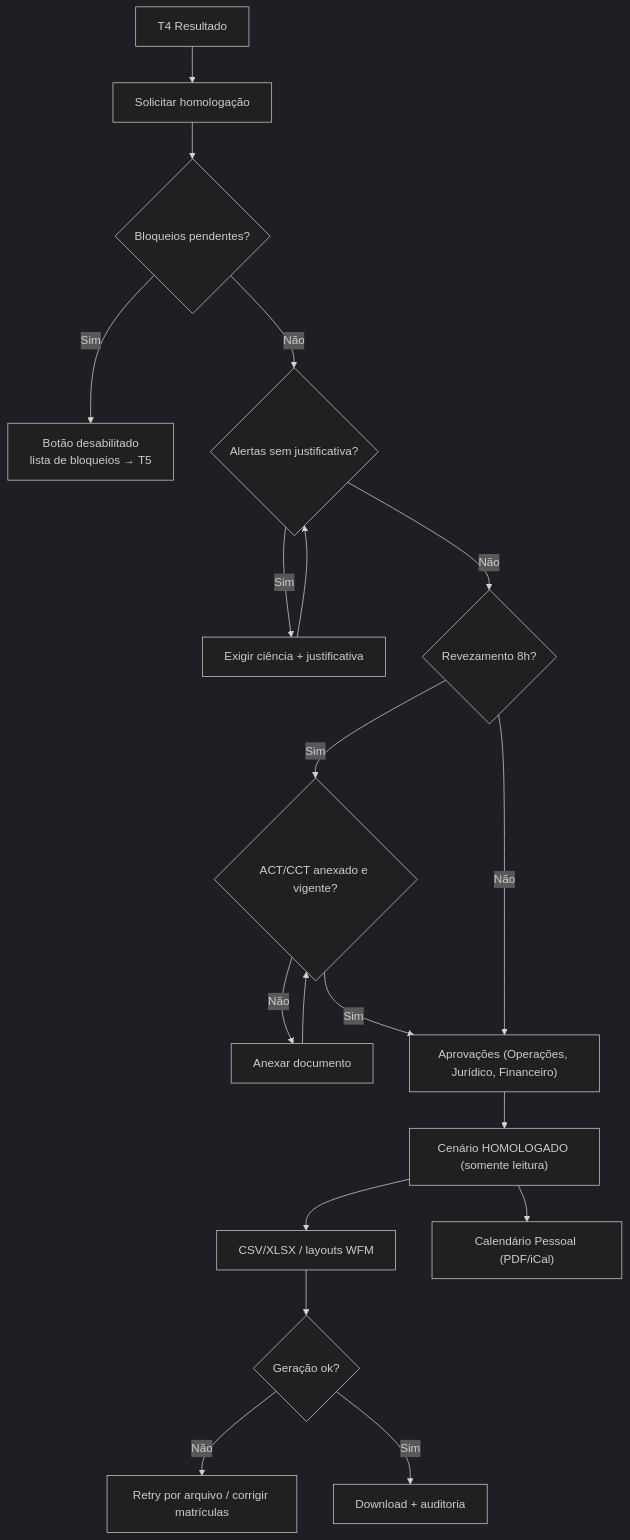
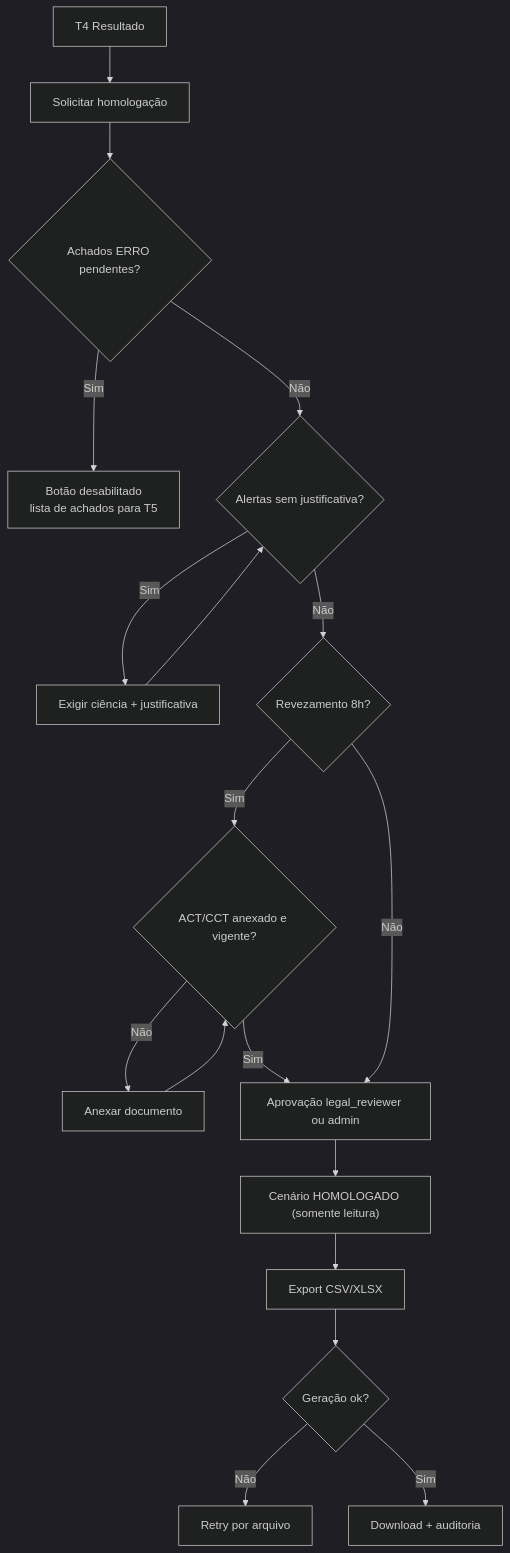
Before and after one commit to thgterto/Ferramentas-Web: the seventh of 7 diagrams in docs/simulador-escalas/03-fluxo-do-app.md, drawn with Mermaid (dark theme). The commit also changed other lines of this file and 6 other files, not shown here.

````diff
--- a/docs/simulador-escalas/03-fluxo-do-app.md
+++ b/docs/simulador-escalas/03-fluxo-do-app.md
@@ -314,19 +266,18 @@
 ```mermaid
 flowchart TD
     R["T4 Resultado"] --> H["Solicitar homologação"]
-    H --> B{"Bloqueios pendentes?"}
-    B -- Sim --> X["Botão desabilitado<br/>lista de bloqueios → T5"]
+    H --> B{"Achados ERRO pendentes?"}
+    B -- Sim --> X["Botão desabilitado<br/>lista de achados para T5"]
     B -- Não --> AL{"Alertas sem justificativa?"}
     AL -- Sim --> J["Exigir ciência + justificativa"] --> AL
     AL -- Não --> ACT{"Revezamento 8h?"}
     ACT -- Sim --> DOC{"ACT/CCT anexado e vigente?"}
     DOC -- Não --> J2["Anexar documento"] --> DOC
     DOC -- Sim --> AP
-    ACT -- Não --> AP["Aprovações (Operações, Jurídico, Financeiro)"]
+    ACT -- Não --> AP["Aprovação legal_reviewer ou admin"]
     AP --> OK["Cenário HOMOLOGADO (somente leitura)"]
-    OK --> E1["CSV/XLSX / layouts WFM"]
-    OK --> E2["Calendário Pessoal (PDF/iCal)"]
+    OK --> E1["Export CSV/XLSX"]
     E1 --> EE{"Geração ok?"}
-    EE -- Não --> RT["Retry por arquivo / corrigir matrículas"]
+    EE -- Não --> RT["Retry por arquivo"]
     EE -- Sim --> DL["Download + auditoria"]
 ```
````
